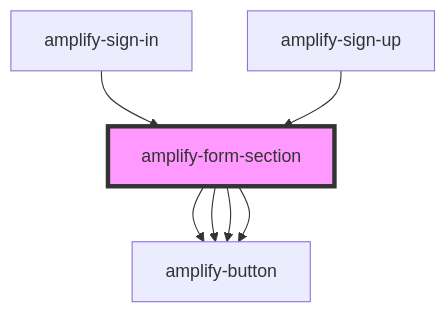
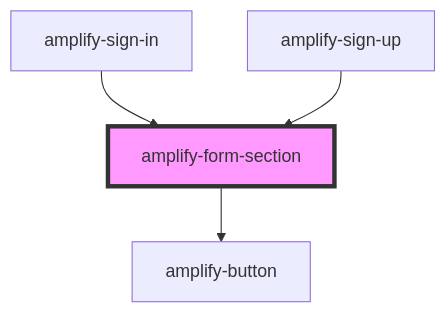
Before and after one commit to aws-amplify/amplify-js: the diagram in packages/amplify-ui-components/src/components/amplify-form-section/readme.md, drawn with Mermaid. The commit also changed other lines of this file and 4 other files, not shown here.

````diff
--- a/packages/amplify-ui-components/src/components/amplify-form-section/readme.md
+++ b/packages/amplify-ui-components/src/components/amplify-form-section/readme.md
@@ -36,10 +33,7 @@
 ```mermaid
 graph TD;
-  amplify-form-section --> amplify-button
-  amplify-form-section --> amplify-button
-  amplify-form-section --> amplify-button
   amplify-form-section --> amplify-button
   amplify-sign-in --> amplify-form-section
   amplify-sign-up --> amplify-form-section
   style amplify-form-section fill:#f9f,stroke:#333,stroke-width:4px
 ```
````
